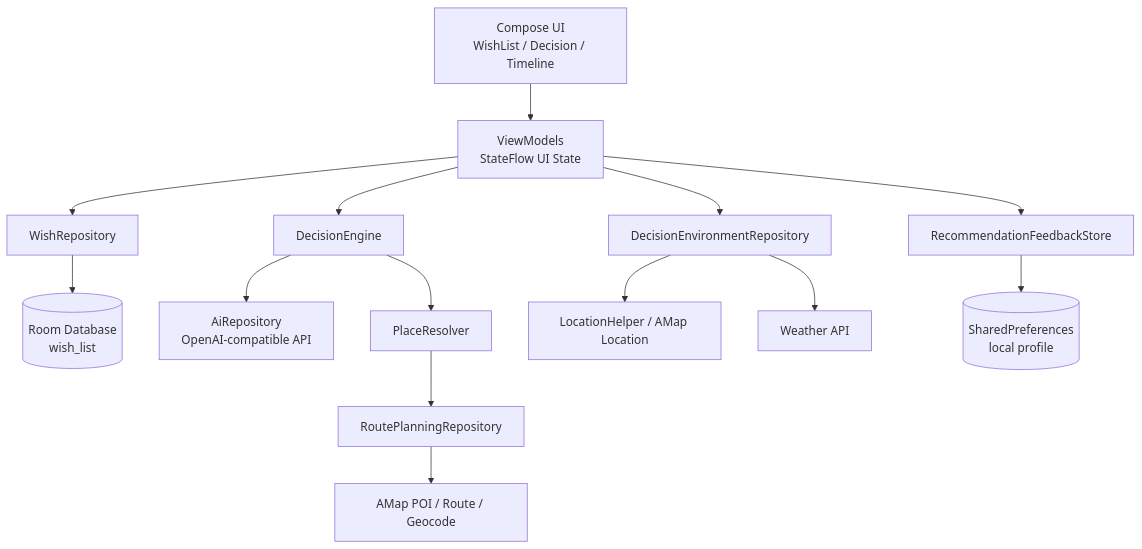
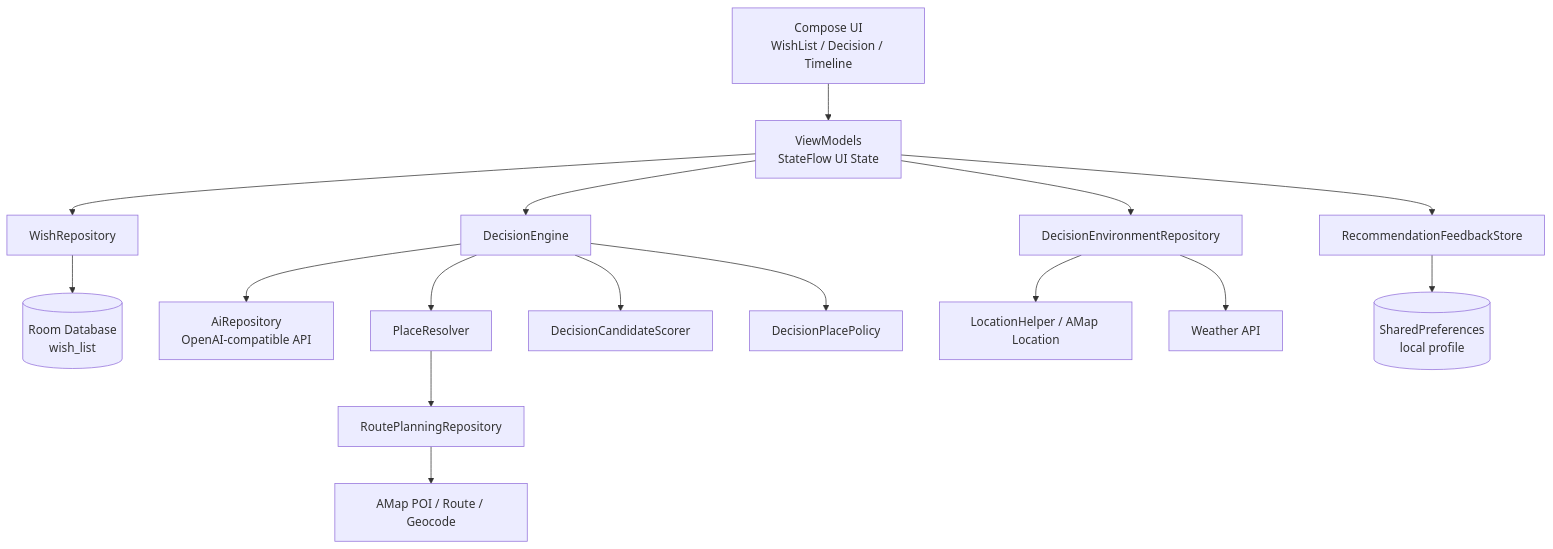
Before and after one commit to choice-whu/jiaqi: the second of 2 diagrams in README.md, drawn with Mermaid. The commit also changed other lines of this file and 29 other files, not shown here.

Commit message:
Refine Jiaqi recommendation architecture

````diff
--- a/README.md
+++ b/README.md
@@ -67,17 +75,19 @@
 ```mermaid
 flowchart TD
-    UI[Compose UI\nWishList / Decision / Timeline] --> VM[ViewModels\nStateFlow UI State]
-    VM --> WishRepo[WishRepository]
-    VM --> Decision[DecisionEngine]
-    VM --> Env[DecisionEnvironmentRepository]
-    VM --> Feedback[RecommendationFeedbackStore]
+    UI["Compose UI\nWishList / Decision / Timeline"] --> VM["ViewModels\nStateFlow UI State"]
+    VM --> WishRepo["WishRepository"]
+    VM --> Decision["DecisionEngine"]
+    VM --> Env["DecisionEnvironmentRepository"]
+    VM --> Feedback["RecommendationFeedbackStore"]
 
-    WishRepo --> Room[(Room Database\nwish_list)]
-    Decision --> AI[AiRepository\nOpenAI-compatible API]
-    Decision --> Resolver[PlaceResolver]
-    Resolver --> RouteRepo[RoutePlanningRepository]
-    Env --> Location[LocationHelper / AMap Location]
-    Env --> Weather[Weather API]
-    RouteRepo --> AMap[AMap POI / Route / Geocode]
-    Feedback --> Prefs[(SharedPreferences\nlocal profile)]
+    WishRepo --> Room[("Room Database\nwish_list")]
+    Decision --> AI["AiRepository\nOpenAI-compatible API"]
+    Decision --> Resolver["PlaceResolver"]
+    Decision --> Scorer["DecisionCandidateScorer"]
+    Decision --> Policy["DecisionPlacePolicy"]
+    Resolver --> RouteRepo["RoutePlanningRepository"]
+    Env --> Location["LocationHelper / AMap Location"]
+    Env --> Weather["Weather API"]
+    RouteRepo --> AMap["AMap POI / Route / Geocode"]
+    Feedback --> Prefs[("SharedPreferences\nlocal profile")]
 ```
````
